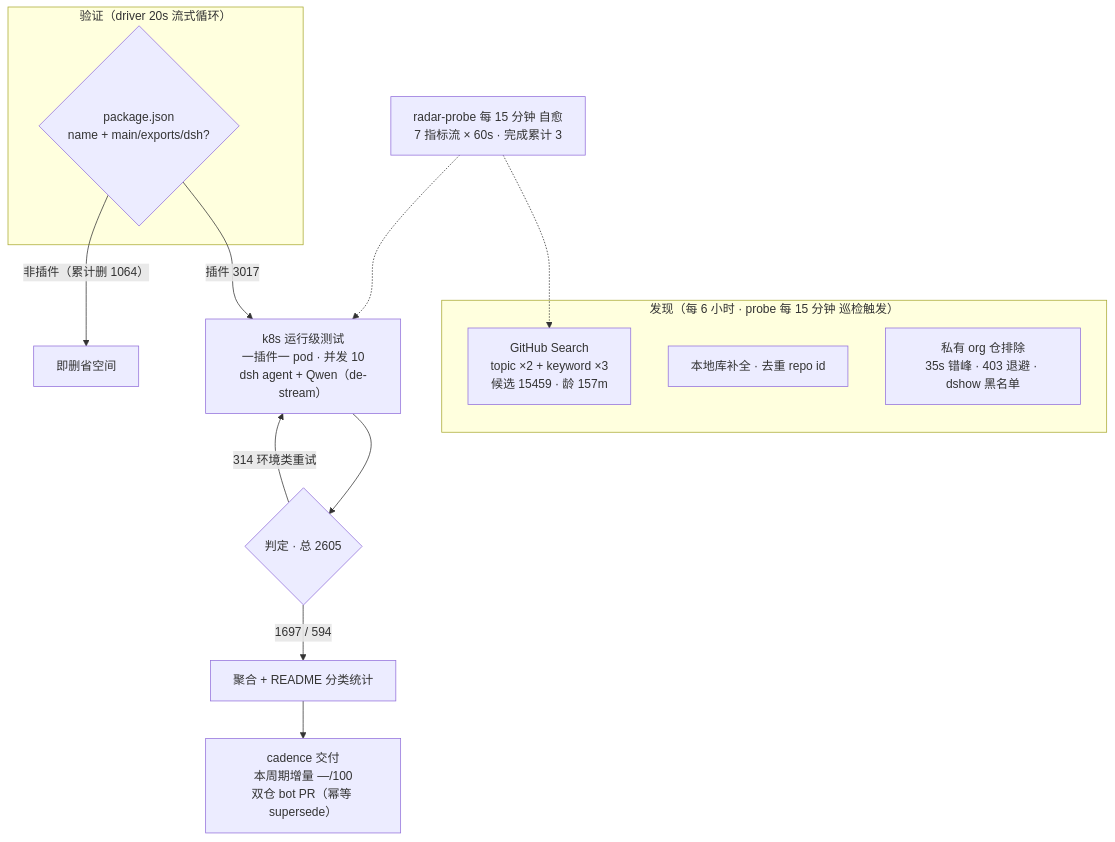
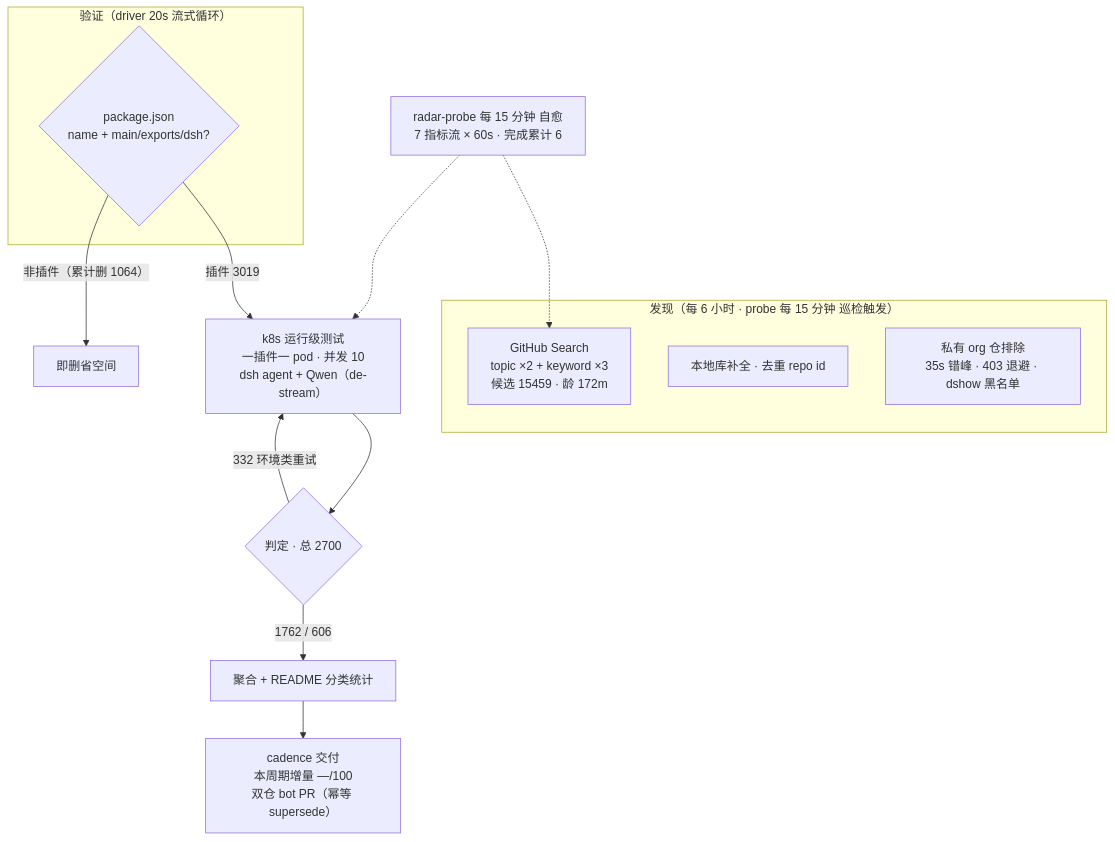
One commit to Zhidao-Lab-OSS/awesome-dsh-plugins changed the diagram in README.md. Above: the diagram before and after it, drawn with Mermaid. The commit also changed other lines of this file and 1 other file, not shown here.

````diff
--- a/README.md
+++ b/README.md
@@ -37,20 +37,20 @@
 ```mermaid
 flowchart TB
     subgraph Discovery["发现（每 6 小时 · probe 每 15 分钟 巡检触发）"]
-        A1["GitHub Search<br/>topic ×2 + keyword ×3<br/>候选 15459 · 龄 157m"]
+        A1["GitHub Search<br/>topic ×2 + keyword ×3<br/>候选 15459 · 龄 172m"]
         A2["本地库补全 · 去重 repo id"]
         A3["私有 org 仓排除<br/>35s 错峰 · 403 退避 · dshow 黑名单"]
     end
     subgraph Validation["验证（driver 20s 流式循环）"]
         B1{"package.json<br/>name + main/exports/dsh?"}
     end
-    B1 -->|"插件 3017"| C1["k8s 运行级测试<br/>一插件一 pod · 并发 10<br/>dsh agent + Qwen（de-stream）"]
+    B1 -->|"插件 3019"| C1["k8s 运行级测试<br/>一插件一 pod · 并发 10<br/>dsh agent + Qwen（de-stream）"]
     B1 -->|"非插件（累计删 1064）"| B3["即删省空间"]
-    C1 --> D1{"判定 · 总 2605"}
-    D1 -->|"1697 / 594"| E1["聚合 + README 分类统计"]
-    D1 -->|"314 环境类重试"| C1
+    C1 --> D1{"判定 · 总 2700"}
+    D1 -->|"1762 / 606"| E1["聚合 + README 分类统计"]
+    D1 -->|"332 环境类重试"| C1
     E1 --> E2["cadence 交付<br/>本周期增量 —/100<br/>双仓 bot PR（幂等 supersede）"]
-    M["radar-probe 每 15 分钟 自愈<br/>7 指标流 × 60s · 完成累计 3"]
+    M["radar-probe 每 15 分钟 自愈<br/>7 指标流 × 60s · 完成累计 6"]
     M -.-> A1
     M -.-> C1
 ```
````
